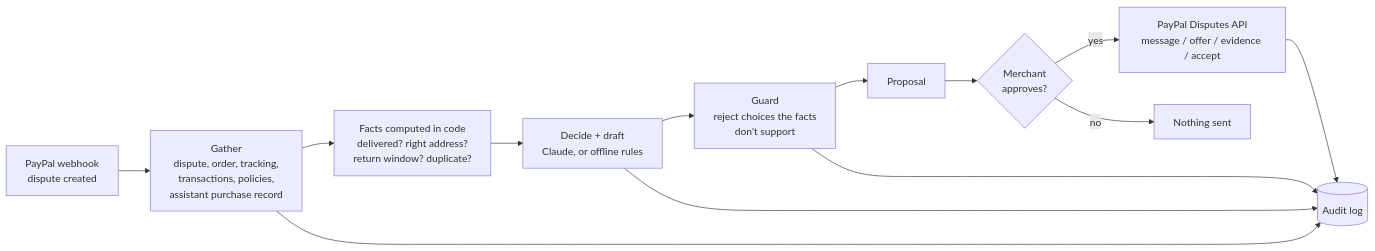
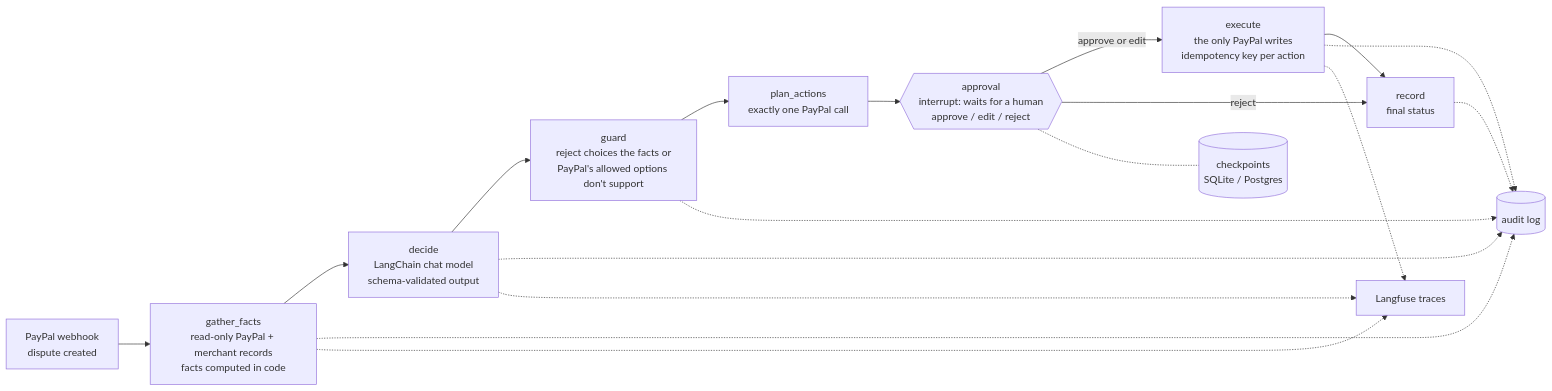
Before and after one commit to manishwvn/rebuttal: the diagram in README.md, drawn with Mermaid. The commit also changed other lines of this file and 2 other files, not shown here.

First line of the commit message:
Document the LangGraph workflow, the guarantees, and the Render persistence plan

````diff
--- a/README.md
+++ b/README.md
@@ -36,12 +50,14 @@
 ```mermaid
 flowchart LR
-  W[PayPal webhook<br/>dispute created] --> G[Gather<br/>dispute, order, tracking,<br/>transactions, policies,<br/>assistant purchase record]
-  G --> F[Facts computed in code<br/>delivered? right address?<br/>return window? duplicate?]
-  F --> D[Decide + draft<br/>Claude, or offline rules]
-  D --> R[Guard<br/>reject choices the facts<br/>don't support]
-  R --> P[Proposal]
-  P --> A{Merchant<br/>approves?}
-  A -- yes --> X[PayPal Disputes API<br/>message / offer / evidence / accept]
-  A -- no --> N[Nothing sent]
-  G & D & R & X --> L[(Audit log)]
+  W[PayPal webhook<br/>dispute created] --> G[gather_facts<br/>read-only PayPal + merchant records<br/>facts computed in code]
+  G --> D[decide<br/>LangChain chat model<br/>schema-validated output]
+  D --> R[guard<br/>reject choices the facts or<br/>PayPal's allowed options don't support]
+  R --> P[plan_actions<br/>exactly one PayPal call]
+  P --> A{{approval<br/>interrupt: waits for a human<br/>approve / edit / reject}}
+  A -- approve or edit --> X[execute<br/>the only PayPal writes<br/>idempotency key per action]
+  A -- reject --> N[record]
+  X --> N[record<br/>final status]
+  A -.- C[(checkpoints<br/>SQLite / Postgres)]
+  G & D & R & X & N -.-> L[(audit log)]
+  G & D & X -.-> T[Langfuse traces]
 ```
````
